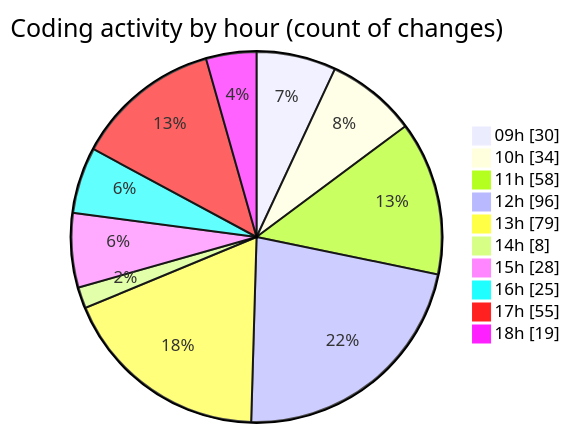
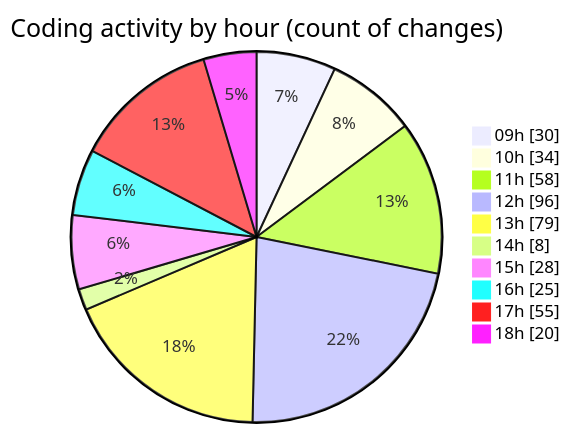
One commit to momahboobian/code-tracking changed the second of 2 diagrams in 2025-04-02/cda/README.md. Above: the diagram before and after it, drawn with Mermaid. The commit also changed other lines of this file and 1 other file, not shown here.

````diff
--- a/2025-04-02/cda/README.md
+++ b/2025-04-02/cda/README.md
@@ -40,14 +40,14 @@
 ```mermaid
 pie showData
 title Coding activity by hour (count of changes)
 "09h" : 30
 "10h" : 34
 "11h" : 58
 "12h" : 96
 "13h" : 79
 "14h" : 8
 "15h" : 28
 "16h" : 25
 "17h" : 55
-"18h" : 19
+"18h" : 20
 ```
````
